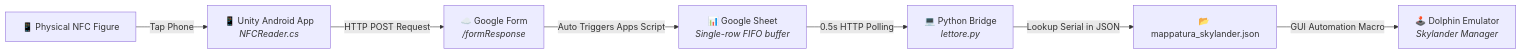
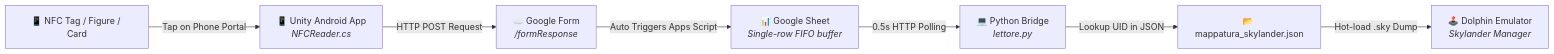
One commit to Andrea-Graziano-Gitto/unity-android-nfc-skylanders-bridge changed the diagram in README.md. Above: the diagram before and after it, drawn with Mermaid. The commit also changed other lines of this file, not shown here.

````diff
--- a/README.md
+++ b/README.md
@@ -34,9 +42,9 @@
 ```mermaid
 flowchart LR
-    A[📱 Physical NFC Figure] -->|Tap Phone| B[📱 Unity Android App<br><i>NFCReader.cs</i>]
+    A[📱 NFC Tag / Figure / Card] -->|Tap on Phone Portal| B[📱 Unity Android App<br><i>NFCReader.cs</i>]
     B -->|HTTP POST Request| C[☁️ Google Form<br><i>/formResponse</i>]
     C -->|Auto Triggers Apps Script| D[📊 Google Sheet<br><i>Single-row FIFO buffer</i>]
     D -->|0.5s HTTP Polling| E[💻 Python Bridge<br><i>lettore.py</i>]
-    E -->|Lookup Serial in JSON| F[📂 mappatura_skylander.json]
-    F -->|GUI Automation Macro| G[🕹️ Dolphin Emulator<br><i>Skylander Manager</i>]
+    E -->|Lookup UID in JSON| F[📂 mappatura_skylander.json]
+    F -->|Hot-load .sky Dump| G[🕹️ Dolphin Emulator<br><i>Skylander Manager</i>]
 ```
````
